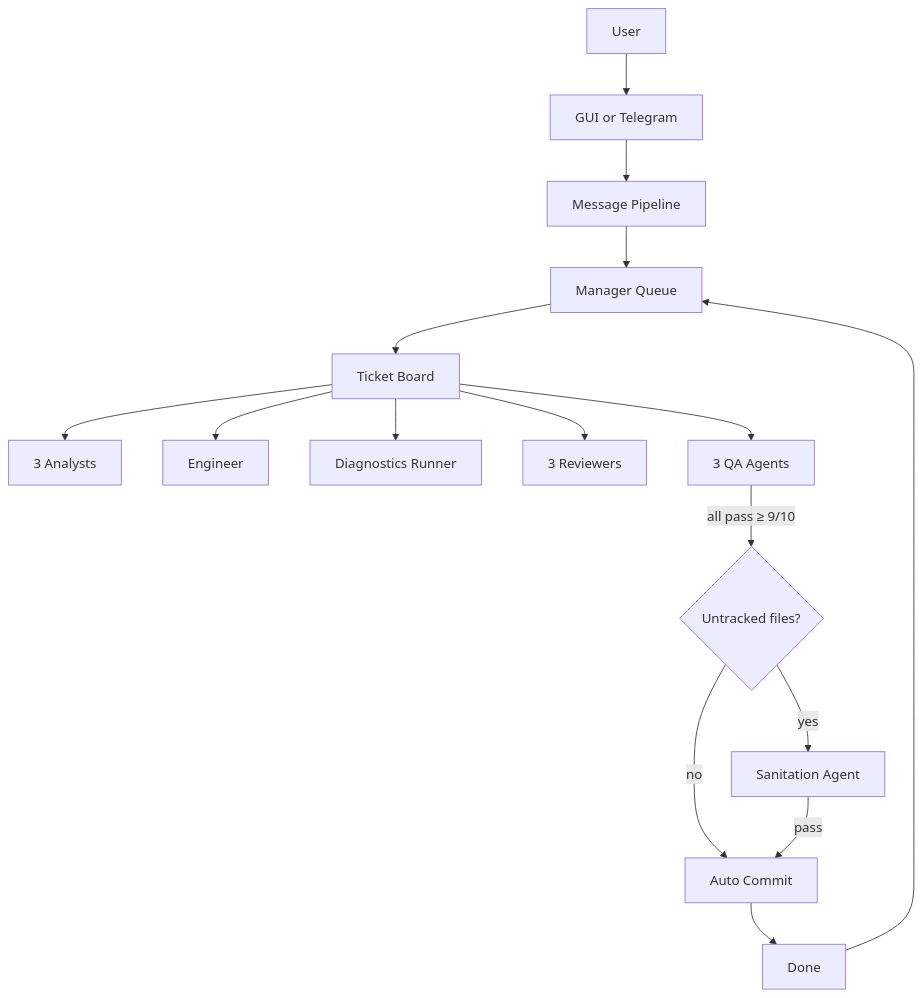
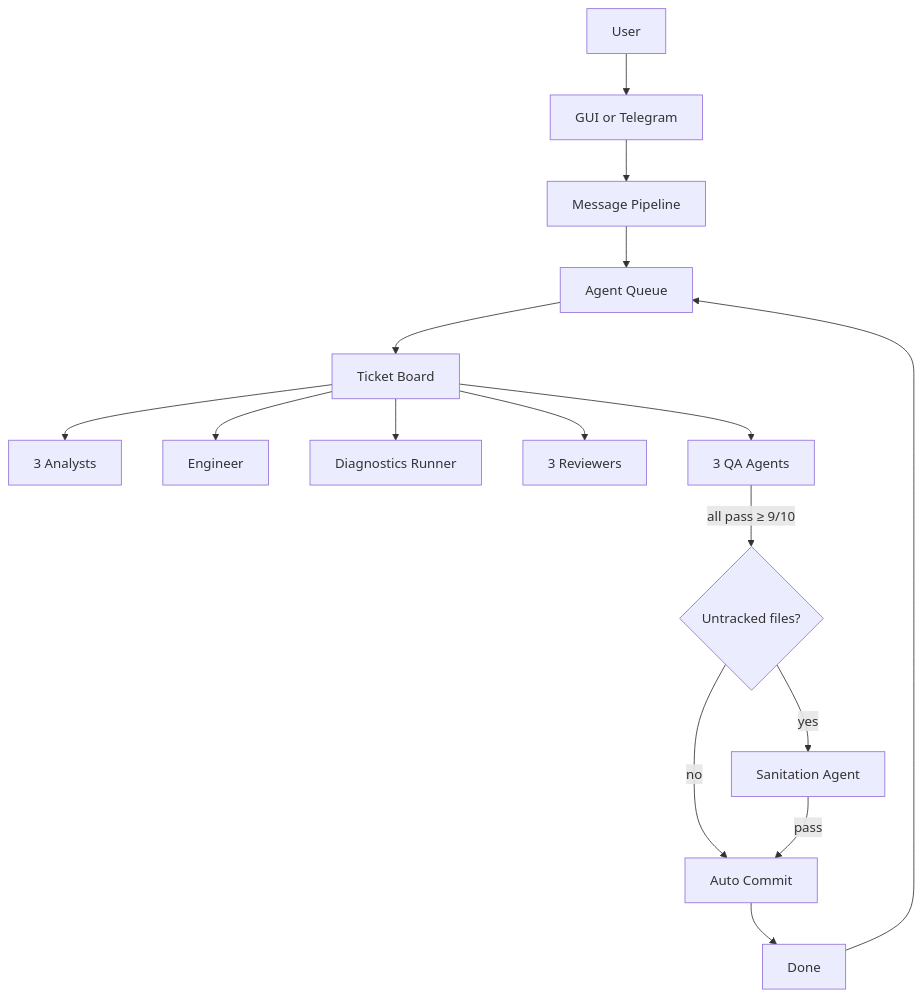
One commit to edezhic/mahbot changed the diagram in README.md. Above: the diagram before and after it, drawn with Mermaid. The commit also changed other lines of this file and 20 other files, not shown here.

Commit message:
Generalize async agent queue, add Assistant role with async ask, fix voice routing, add chat role switcher

````diff
--- a/README.md
+++ b/README.md
@@ -79,18 +79,18 @@
 ```mermaid
 flowchart TD
     User[User] --> Channels[GUI or Telegram]
     Channels --> MessagePipeline[Message Pipeline]
-    MessagePipeline --> ManagerQueue[Manager Queue]
-    ManagerQueue --> Board[Ticket Board]
+    MessagePipeline --> AgentQueue[Agent Queue]
+    AgentQueue --> Board[Ticket Board]
     Board --> Analysts[3 Analysts]
     Board --> Engineer[Engineer]
     Board --> Diagnostics[Diagnostics Runner]
     Board --> Reviewers[3 Reviewers]
     Board --> QA[3 QA Agents]
     QA -->|all pass ≥ 9/10| QaCheck{Untracked files?}
     QaCheck -->|yes| Sanitation[Sanitation Agent]
     QaCheck -->|no| AutoCommit[Auto Commit]
     Sanitation -->|pass| AutoCommit
     AutoCommit --> Done[Done]
-    Done --> ManagerQueue
+    Done --> AgentQueue
 ```
````
